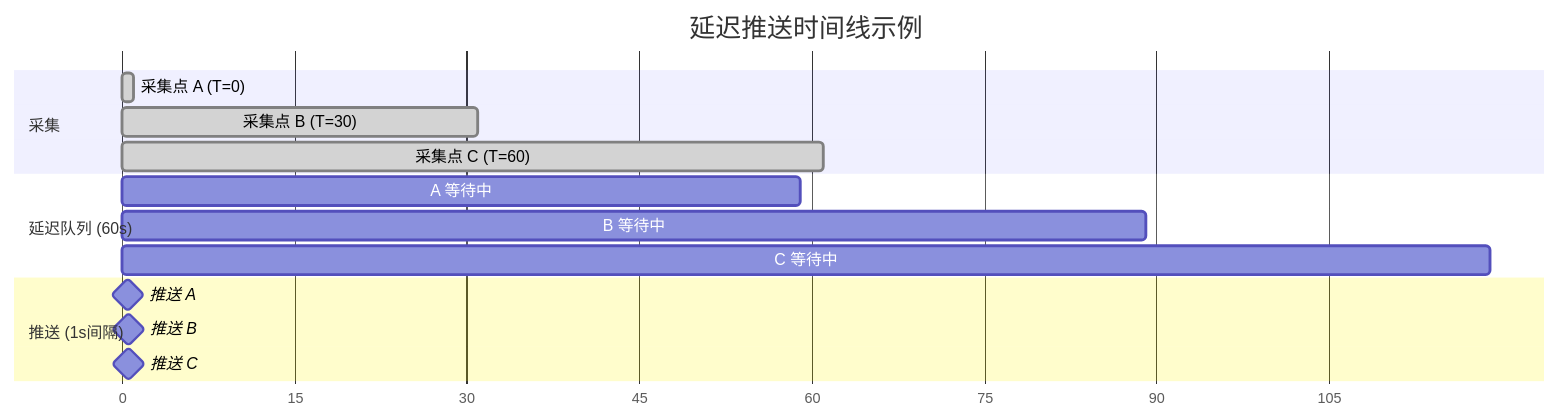
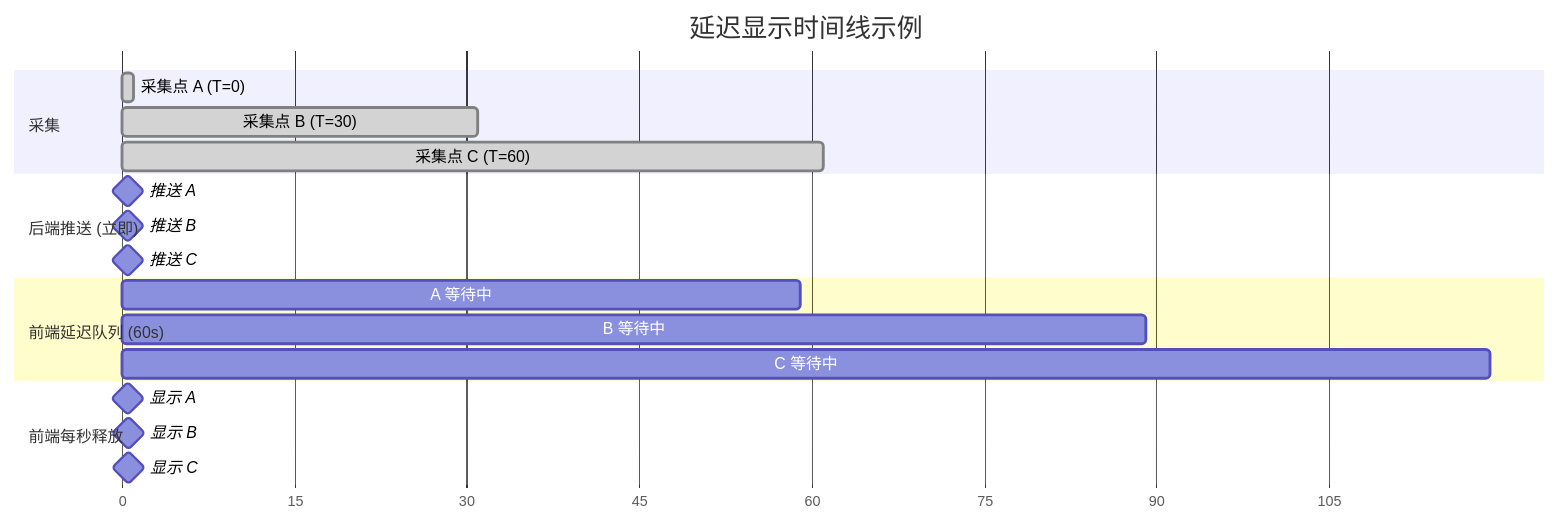
One commit to Chlamydomonos/water-web changed the fifth of 7 diagrams in docs/backend-design.md. Above: the diagram before and after it, drawn with Mermaid. The commit also changed other lines of this file and 4 other files, not shown here.

Commit message:
再次修复图表bug

````diff
--- a/docs/backend-design.md
+++ b/docs/backend-design.md
@@ -407,21 +406,26 @@
 ```mermaid
 gantt
-    title 延迟推送时间线示例
+    title 延迟显示时间线示例
     dateFormat X
     axisFormat %s
 
     section 采集
     采集点 A (T=0)    :done, a1, 0, 1
     采集点 B (T=30)   :done, a2, 30, 31
     采集点 C (T=60)   :done, a3, 60, 61
 
-    section 延迟队列 (60s)
+    section 后端推送 (立即)
+    推送 A             :milestone, c1, 0, 1
+    推送 B             :milestone, c2, 30, 1
+    推送 C             :milestone, c3, 60, 1
+
+    section 前端延迟队列 (60s)
     A 等待中           :b1, 1, 59
     B 等待中           :b2, 31, 89
     C 等待中           :b3, 61, 119
 
-    section 推送 (1s间隔)
-    推送 A             :milestone, c1, 60, 1
-    推送 B             :milestone, c2, 90, 1
-    推送 C             :milestone, c3, 120, 1
+    section 前端每秒释放
+    显示 A             :milestone, d1, 60, 1
+    显示 B             :milestone, d2, 90, 1
+    显示 C             :milestone, d3, 120, 1
 ```
````
